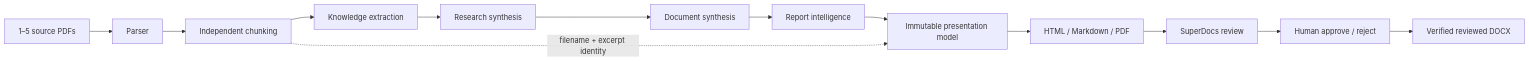
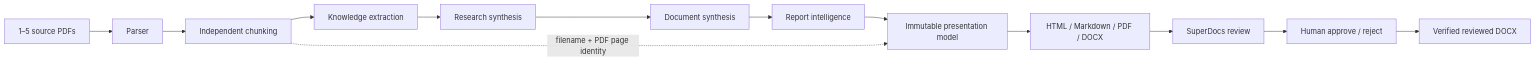
One commit to Kalpesh1Sharma/paperforge changed the diagram in README.md. Above: the diagram before and after it, drawn with Mermaid. The commit also changed other lines of this file and 75 other files, not shown here.

````diff
--- a/README.md
+++ b/README.md
@@ -44,15 +44,15 @@
 ```mermaid
 flowchart LR
     A[1–5 source PDFs] --> B[Parser]
     B --> C[Independent chunking]
     C --> D[Knowledge extraction]
     D --> E[Research synthesis]
     E --> F[Document synthesis]
     F --> G[Report intelligence]
     G --> H[Immutable presentation model]
-    H --> I[HTML / Markdown / PDF]
+    H --> I[HTML / Markdown / PDF / DOCX]
     I --> J[SuperDocs review]
     J --> K[Human approve / reject]
     K --> L[Verified reviewed DOCX]
-    C -. filename + excerpt identity .-> H
+    C -. filename + PDF page identity .-> H
 ```
````
